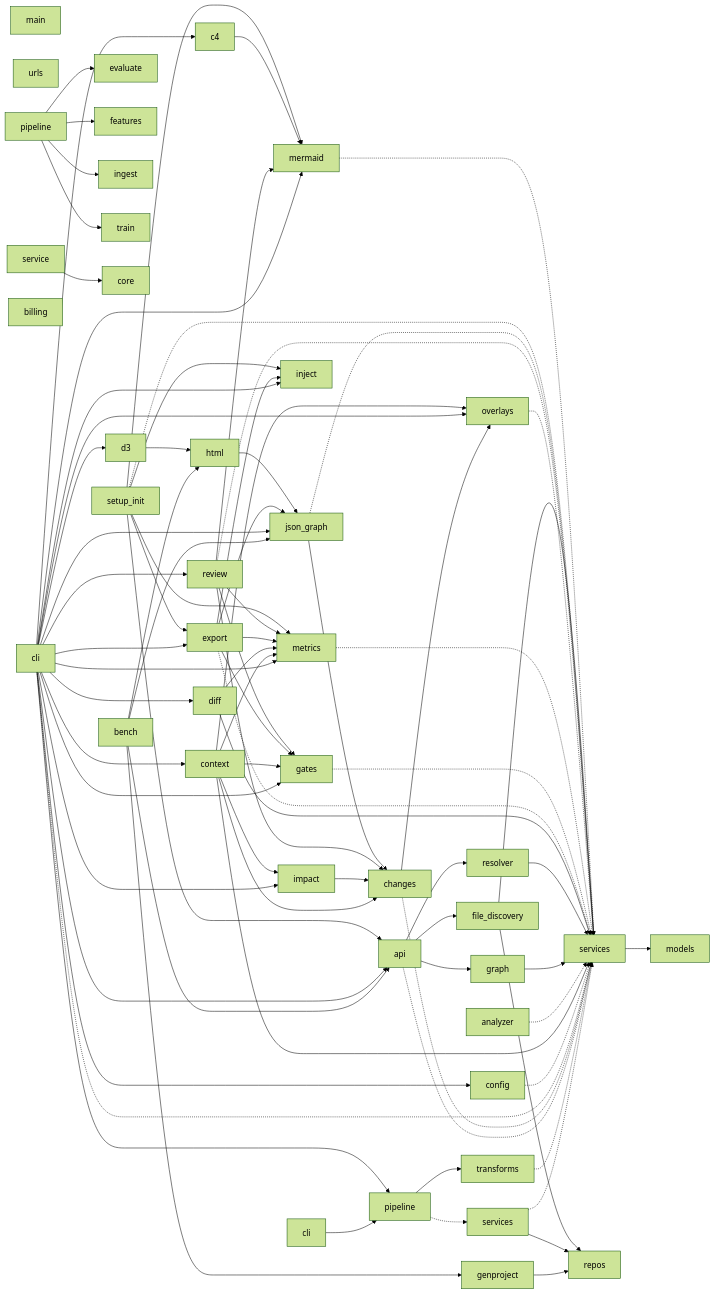
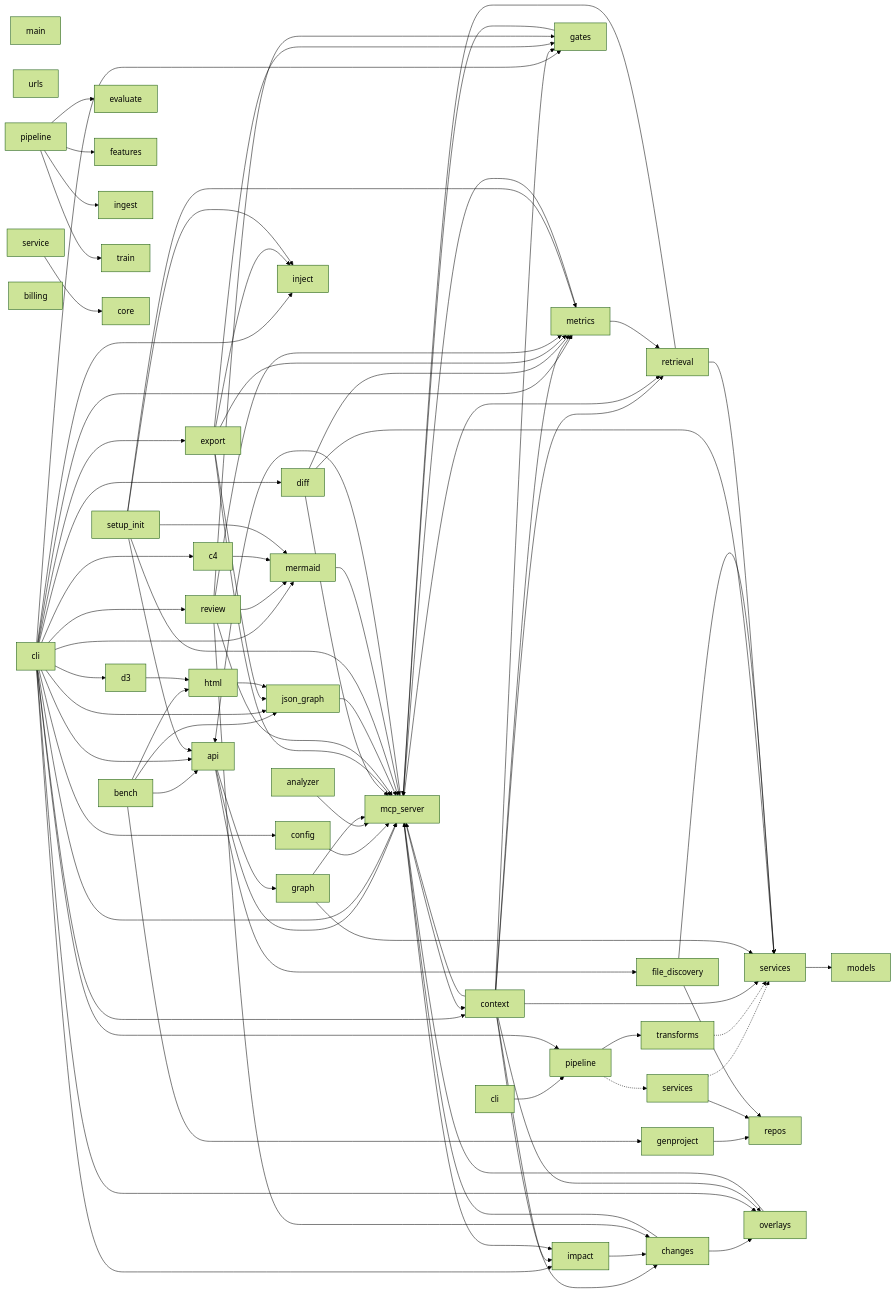
The diagram in README.md (actions-marketplace-validations/haider1998_pyvisualizer), drawn with Mermaid (forest theme) before and after one commit. The commit also changed other lines of this file, not shown here.

Commit message:
🗺️ Auto-update architecture diagram [skip ci]

````diff
--- a/README.md
+++ b/README.md
@@ -282,26 +282,27 @@
     g23["context"]
     g24["analyzer"]
     g25["graph"]
-    g26["resolver"]
-    g27["diff"]
-    g28["export"]
-    g29["gates"]
-    g30["impact"]
-    g31["inject"]
+    g26["diff"]
+    g27["export"]
+    g28["gates"]
+    g29["impact"]
+    g30["inject"]
+    g31["mcp_server"]
     g32["metrics"]
     g33["overlays"]
-    g34["review"]
-    g35["c4"]
-    g36["json_graph"]
-    g37["setup_init"]
-    g38["file_discovery"]
-    g39["d3"]
-    g40["html"]
-    g41["mermaid"]
+    g34["retrieval"]
+    g35["review"]
+    g36["c4"]
+    g37["json_graph"]
+    g38["setup_init"]
+    g39["file_discovery"]
+    g40["d3"]
+    g41["html"]
+    g42["mermaid"]
     g0 --> g1
     g0 --> g19
-    g0 --> g36
-    g0 --> g40
+    g0 --> g37
+    g0 --> g41
     g1 --> g6
     g4 --> g3
     g7 -.-> g4
@@ -315,17 +316,16 @@
     g14 --> g15
     g15 -.-> g4
     g17 --> g16
-    g19 -.-> g4
     g19 --> g25
-    g19 --> g26
-    g19 --> g38
-    g20 -.-> g4
+    g19 --> g31
+    g19 --> g39
+    g20 --> g31
     g20 --> g33
-    g21 -.-> g4
     g21 --> g14
     g21 --> g19
     g21 --> g22
     g21 --> g23
+    g21 --> g26
     g21 --> g27
     g21 --> g28
     g21 --> g29
@@ -333,49 +333,57 @@
     g21 --> g31
     g21 --> g32
     g21 --> g33
-    g21 --> g34
     g21 --> g35
     g21 --> g36
-    g21 --> g39
-    g21 --> g41
-    g22 -.-> g4
+    g21 --> g37
+    g21 --> g40
+    g21 --> g42
+    g22 --> g31
     g23 --> g4
     g23 --> g20
+    g23 --> g28
     g23 --> g29
-    g23 --> g30
+    g23 --> g31
     g23 --> g32
     g23 --> g33
-    g24 -.-> g4
+    g23 --> g34
+    g24 --> g31
     g25 --> g4
+    g25 --> g31
     g26 --> g4
-    g27 --> g4
+    g26 --> g31
+    g26 --> g32
+    g27 --> g28
+    g27 --> g30
+    g27 --> g31
     g27 --> g32
-    g28 -.-> g4
-    g28 --> g29
+    g27 --> g37
     g28 --> g31
-    g28 --> g32
-    g28 --> g36
-    g29 -.-> g4
-    g30 --> g20
-    g32 -.-> g4
-    g33 -.-> g4
-    g34 -.-> g4
-    g34 --> g20
-    g34 --> g29
-    g34 --> g32
-    g34 --> g41
-    g35 --> g41
-    g36 -.-> g4
-    g36 --> g20
-    g37 -.-> g4
-    g37 --> g19
-    g37 --> g28
+    g29 --> g20
+    g31 --> g19
+    g31 --> g23
+    g31 --> g29
+    g31 --> g34
+    g32 --> g31
+    g32 --> g34
+    g33 --> g31
+    g34 --> g4
+    g34 --> g31
+    g35 --> g20
+    g35 --> g28
+    g35 --> g31
+    g35 --> g32
+    g35 --> g42
+    g36 --> g42
     g37 --> g31
-    g37 --> g32
-    g37 --> g41
-    g38 --> g4
-    g38 --> g6
-    g39 --> g40
-    g40 --> g36
-    g41 -.-> g4
+    g38 --> g19
+    g38 --> g30
+    g38 --> g31
+    g38 --> g32
+    g38 --> g42
+    g39 --> g4
+    g39 --> g6
+    g40 --> g41
+    g41 --> g37
+    g42 --> g31
 ```
````
